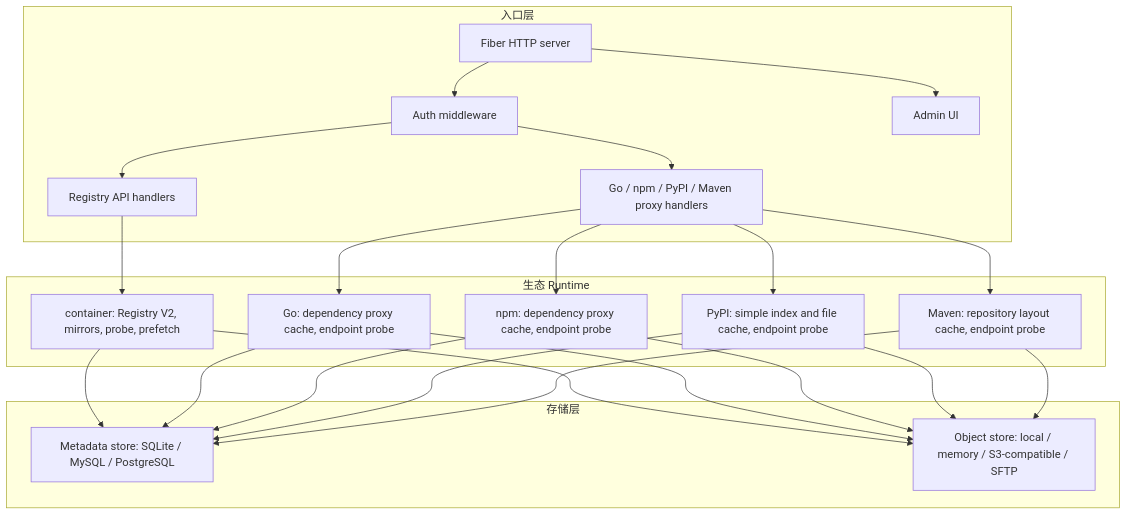
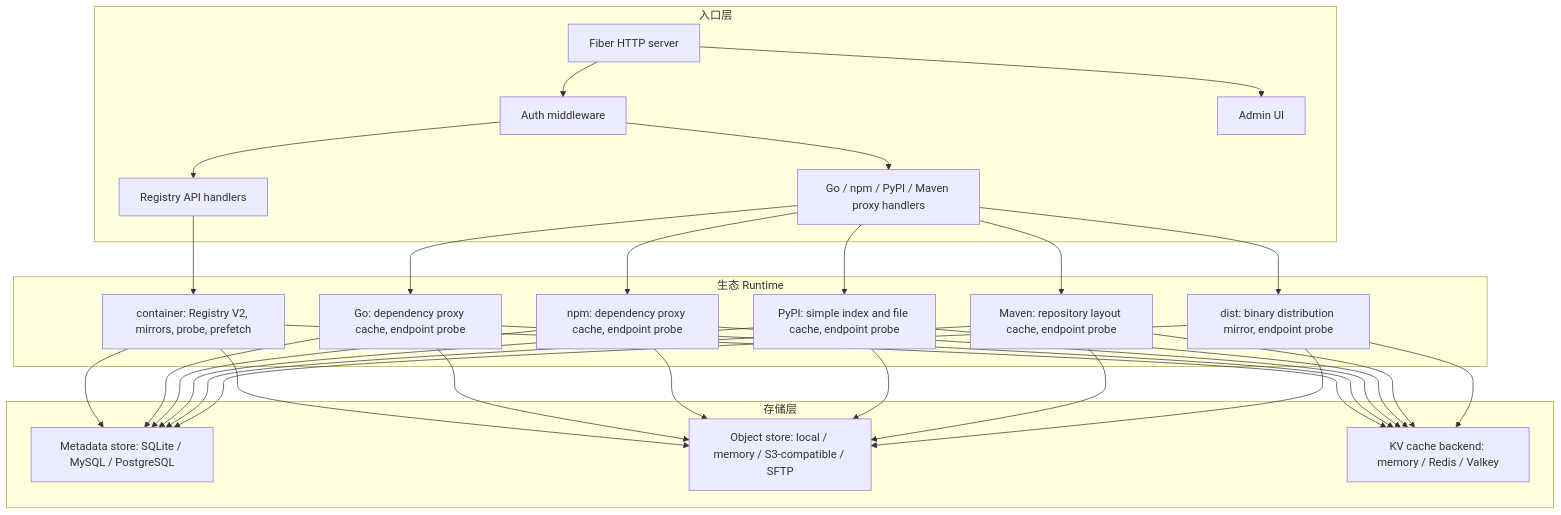
One commit to lyonbrown4d/regimux changed the fourth of 4 diagrams in docs/zh/design.md. Above: the diagram before and after it, drawn with Mermaid. The commit also changed other lines of this file and 16 other files, not shown here.

````diff
--- a/docs/zh/design.md
+++ b/docs/zh/design.md
@@ -221,43 +237,54 @@
 ```mermaid
 flowchart TB
   subgraph entry["入口层"]
     http["Fiber HTTP server"]
     registry["Registry API handlers"]
     proxy["Go / npm / PyPI / Maven proxy handlers"]
     authmw["Auth middleware"]
     adminui["Admin UI"]
   end
 
   subgraph runtimes["生态 Runtime"]
     cr["container: Registry V2, mirrors, probe, prefetch"]
     gr["Go: dependency proxy cache, endpoint probe"]
     nr["npm: dependency proxy cache, endpoint probe"]
     pr["PyPI: simple index and file cache, endpoint probe"]
     mr["Maven: repository layout cache, endpoint probe"]
+    dr["dist: binary distribution mirror, endpoint probe"]
   end
 
   subgraph storage["存储层"]
     metadata["Metadata store: SQLite / MySQL / PostgreSQL"]
     objectstore["Object store: local / memory / S3-compatible / SFTP"]
+    cachebackend["KV cache backend: memory / Redis / Valkey"]
   end
 
   http --> authmw
   authmw --> registry
   authmw --> proxy
   http --> adminui
   registry --> cr
   proxy --> gr
   proxy --> nr
   proxy --> pr
   proxy --> mr
+  proxy --> dr
   cr --> metadata
   gr --> metadata
   nr --> metadata
   pr --> metadata
   mr --> metadata
+  dr --> metadata
   cr --> objectstore
   gr --> objectstore
   nr --> objectstore
   pr --> objectstore
   mr --> objectstore
+  dr --> objectstore
+  cr --> cachebackend
+  gr --> cachebackend
+  nr --> cachebackend
+  pr --> cachebackend
+  mr --> cachebackend
+  dr --> cachebackend
 ```
````
